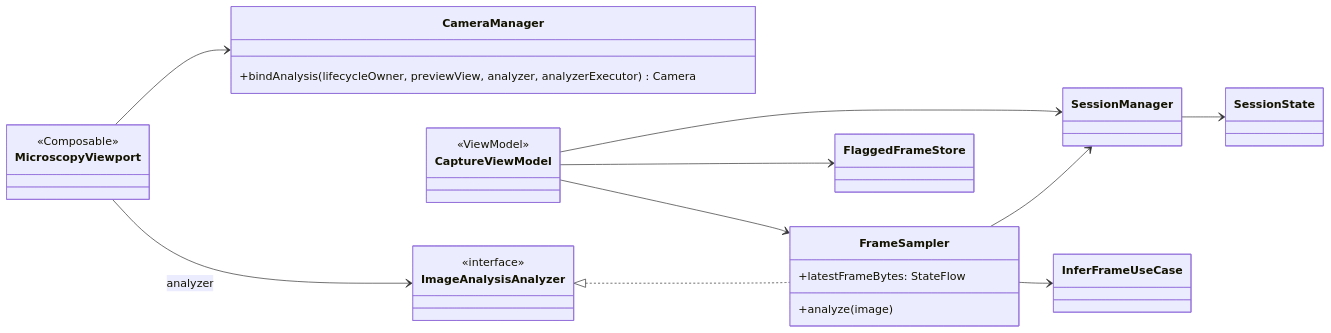
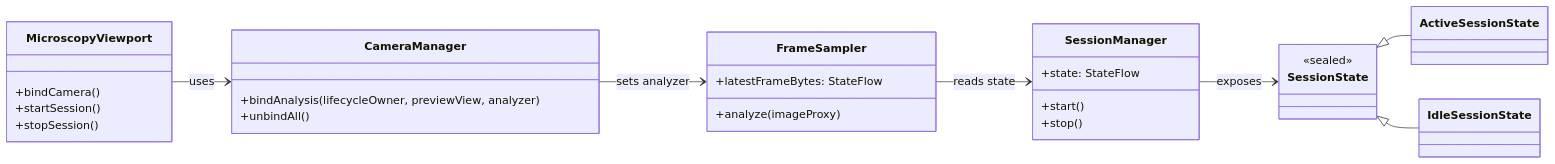
One commit to Joryuoo/AgarthaVision changed the diagram in docs/class/1.1.md. Above: the diagram before and after it, drawn with Mermaid. The commit also changed 11 other files, not shown here.

Commit message:
docs: sequence diagram in mermaid

````diff
--- a/docs/class/1.1.md
+++ b/docs/class/1.1.md
@@ -3,35 +3,40 @@
 ```mermaid
 classDiagram
 direction LR
 
-class CameraManager {
-  +bindAnalysis(lifecycleOwner, previewView, analyzer, analyzerExecutor) Camera
+class MicroscopyViewport {
+  +bindCamera()
+  +startSession()
+  +stopSession()
 }
 
-class ImageAnalysisAnalyzer <<interface>>
+class CameraManager {
+  +bindAnalysis(lifecycleOwner, previewView, analyzer)
+  +unbindAll()
+}
+
 class FrameSampler {
   +latestFrameBytes: StateFlow
-  +analyze(image)
+  +analyze(imageProxy)
 }
 
-ImageAnalysisAnalyzer <|.. FrameSampler
+class SessionManager {
+  +state: StateFlow
+  +start()
+  +stop()
+}
 
-class SessionManager
-class SessionState
-class InferFrameUseCase
+class SessionState {
+  <<sealed>>
+}
+class ActiveSessionState
+class IdleSessionState
 
-FrameSampler --> SessionManager
-FrameSampler --> InferFrameUseCase
-SessionManager --> SessionState
+SessionState <|-- ActiveSessionState
+SessionState <|-- IdleSessionState
 
-class MicroscopyViewport <<Composable>>
-MicroscopyViewport --> CameraManager
-MicroscopyViewport --> ImageAnalysisAnalyzer : analyzer
-
-class CaptureViewModel <<ViewModel>>
-CaptureViewModel --> SessionManager
-CaptureViewModel --> FrameSampler
-CaptureViewModel --> FlaggedFrameStore
-
-class FlaggedFrameStore
+MicroscopyViewport --> CameraManager : uses
+CameraManager --> FrameSampler : sets analyzer
+FrameSampler --> SessionManager : reads state
+SessionManager --> SessionState : exposes
 ```
````
